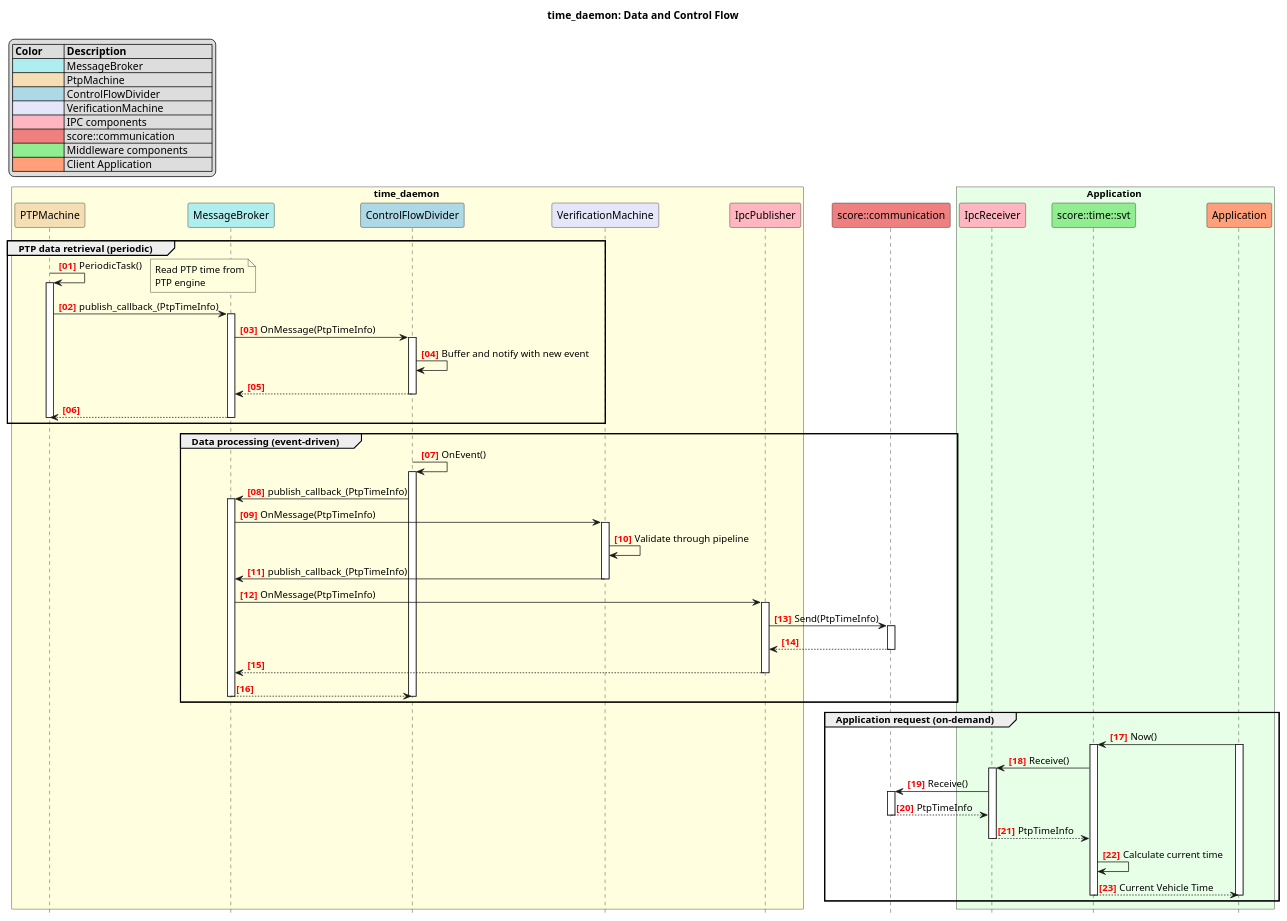
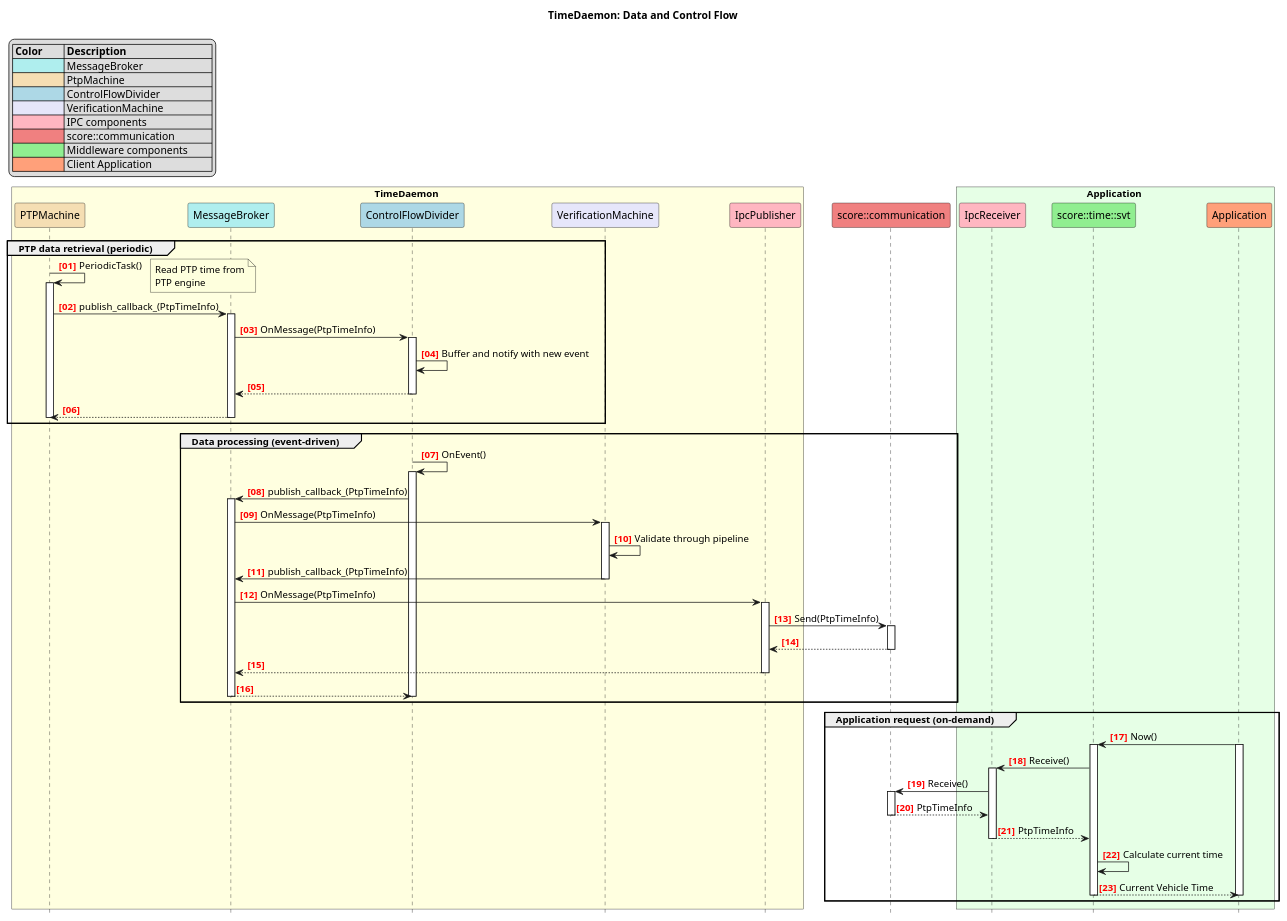
Before and after one commit to eclipse-score/time: the diagram in docs/features/time_daemon/_assets/dd_data_control_flow.puml, drawn with PlantUML. The commit also changed 25 other files, not shown here.

Commit message:
docs: revert component titles to camelCase in diagrams and RST

```diff
--- a/docs/features/time_daemon/_assets/dd_data_control_flow.puml
+++ b/docs/features/time_daemon/_assets/dd_data_control_flow.puml
@@ -1,98 +1,98 @@
 @startuml dd_data_control_flow_diagram
 
-title time_daemon: Data and Control Flow
+title TimeDaemon: Data and Control Flow
 
 hide footbox
 
 autonumber "<font color=red><b>[00]"
 
 legend top left
     |= Color        |= Description                  |
     |<#PaleTurquoise> | MessageBroker               |
     |<#Wheat>       | PtpMachine                    |
     |<#LightBlue>   | ControlFlowDivider            |
     |<#Lavender>    | VerificationMachine           |
     |<#LightPink>   | IPC components                |
     |<#LightCoral>  | score::communication          |
     |<#LightGreen>  | Middleware components         |
     |<#LightSalmon> | Client Application            |
 endlegend
 
-box time_daemon #LightYellow
+box TimeDaemon #LightYellow
     participant "PTPMachine" as ptp_machine #Wheat
     participant "MessageBroker" as broker #PaleTurquoise
     participant "ControlFlowDivider" as cf_divider #LightBlue
     participant "VerificationMachine" as ver_machine #Lavender
     participant "IpcPublisher" as ipc_publisher #LightPink
 end box
 
 participant "score::communication" as score_comm #LightCoral
 
 box Application #e6ffe6
     participant "IpcReceiver" as ipc_receiver #LightPink
     participant "score::time::svt" as mw_svt #LightGreen
     participant "Application" as app #LightSalmon
 end box
 
 group PTP data retrieval (periodic)
     ptp_machine -> ptp_machine : PeriodicTask()
     activate ptp_machine
     note right
         Read PTP time from
         PTP engine
     end note
     ptp_machine -> broker : publish_callback_(PtpTimeInfo)
     activate broker
     broker -> cf_divider : OnMessage(PtpTimeInfo)
     activate cf_divider
     cf_divider -> cf_divider : Buffer and notify with new event
     cf_divider --> broker
     deactivate cf_divider
     broker --> ptp_machine
     deactivate broker
     deactivate ptp_machine
 end
 
 group Data processing (event-driven)
     cf_divider -> cf_divider : OnEvent()
     activate cf_divider
     cf_divider -> broker : publish_callback_(PtpTimeInfo)
     activate broker
     broker -> ver_machine : OnMessage(PtpTimeInfo)
     activate ver_machine
     ver_machine -> ver_machine : Validate through pipeline
     ver_machine -> broker : publish_callback_(PtpTimeInfo)
     deactivate ver_machine
 
     broker -> ipc_publisher : OnMessage(PtpTimeInfo)
     activate ipc_publisher
     ipc_publisher -> score_comm : Send(PtpTimeInfo)
     activate score_comm
     score_comm --> ipc_publisher
     deactivate score_comm
     ipc_publisher --> broker
     deactivate ipc_publisher
     broker --> cf_divider
     deactivate broker
     deactivate cf_divider
 end
 
 group Application request (on-demand)
     app -> mw_svt : Now()
     activate app
     activate mw_svt
     mw_svt -> ipc_receiver : Receive()
     activate ipc_receiver
     ipc_receiver -> score_comm : Receive()
     activate score_comm
     score_comm --> ipc_receiver : PtpTimeInfo
     deactivate score_comm
     ipc_receiver --> mw_svt : PtpTimeInfo
     deactivate ipc_receiver
     mw_svt -> mw_svt : Calculate current time
     mw_svt --> app : Current Vehicle Time
     deactivate mw_svt
     deactivate app
 end
 
 @enduml
```
